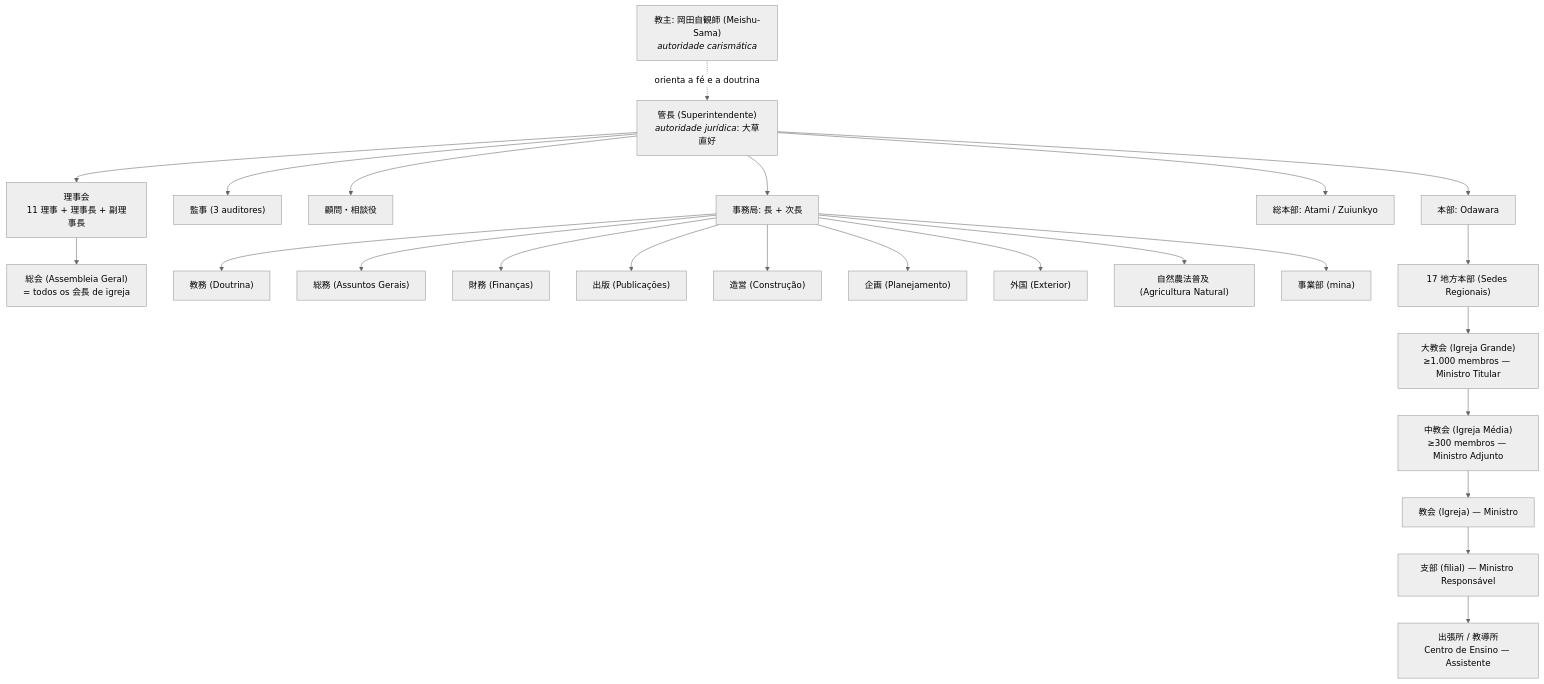
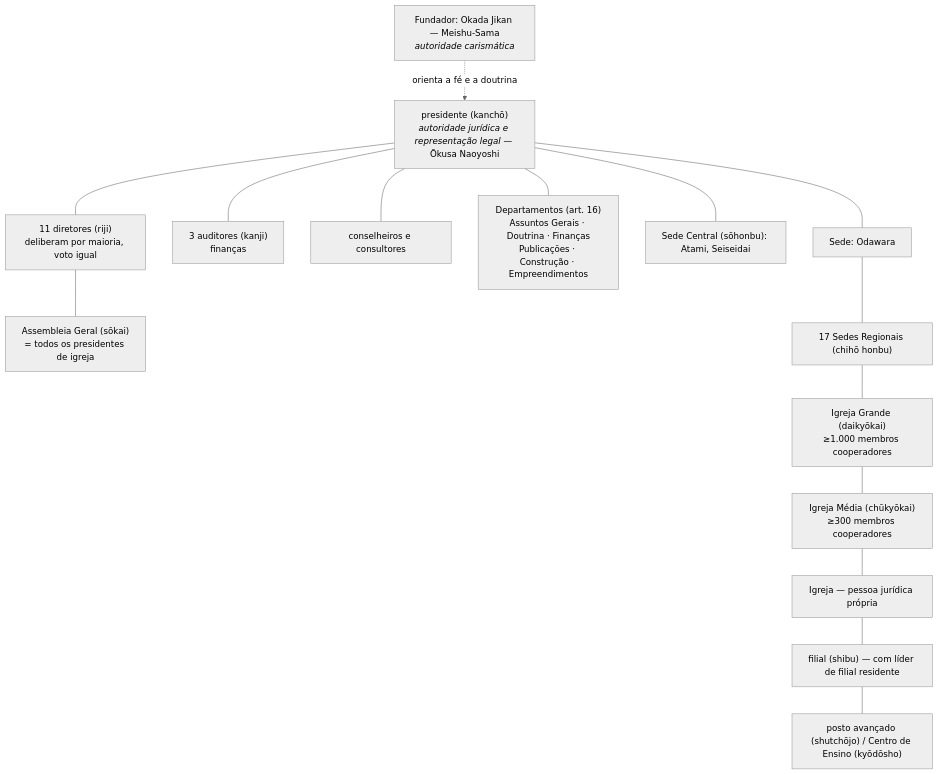
The diagram in docs/LEVANTAMENTO_DIFUSAO_PARTE_I_PROSA_20261002.md (conversecommeishusama/assistente-meishu-sama), drawn with Mermaid (neutral theme) before and after one commit. The commit also changed other lines of this file and 32 other files, not shown here.

````diff
--- a/docs/LEVANTAMENTO_DIFUSAO_PARTE_I_PROSA_20261002.md
+++ b/docs/LEVANTAMENTO_DIFUSAO_PARTE_I_PROSA_20261002.md
@@ -1255,27 +1383,19 @@
 ```mermaid
-%% caption: Organograma reconstruído — 1951–1955
+%% caption: Organograma reconstruído — 1951–1955 (arts. 5.º a 28.º do Regulamento)
 graph TD
-    A["教主: 岡田自観師 (Meishu-Sama)<br/><i>autoridade carismática</i>"] -.->|orienta a fé e a doutrina| B
-    B["管長 (Superintendente)<br/><i>autoridade jurídica</i>: 大草直好"] --> C["理事会<br/>11 理事 + 理事長 + 副理事長"]
-    B --> D["監事 (3 auditores)"]
-    B --> E["顧問・相談役"]
-    C --> F["総会 (Assembleia Geral)<br/>= todos os 会長 de igreja"]
-    B --> G["事務局: 長 + 次長"]
-    G --> H["教務 (Doutrina)"]
-    G --> I["総務 (Assuntos Gerais)"]
-    G --> J["財務 (Finanças)"]
-    G --> K["出版 (Publicações)"]
-    G --> L["造営 (Construção)"]
-    G --> M["企画 (Planejamento)"]
-    G --> N["外国 (Exterior)"]
-    G --> O["自然農法普及 (Agricultura Natural)"]
-    G --> P["事業部 (mina)"]
-    B --> Q["総本部: Atami / Zuiunkyo"]
-    B --> R["本部: Odawara"]
-    R --> S["17 地方本部 (Sedes Regionais)"]
-    S --> T["大教会 (Igreja Grande)<br/>≥1.000 membros — Ministro Titular"]
-    T --> U["中教会 (Igreja Média)<br/>≥300 membros — Ministro Adjunto"]
-    U --> V["教会 (Igreja) — Ministro"]
-    V --> W["支部 (filial) — Ministro Responsável"]
-    W --> X["出張所 / 教導所<br/>Centro de Ensino — Assistente"]
+ A["Fundador: Okada Jikan — Meishu-Sama<br/><i>autoridade carismática</i>"] -.->|orienta a fé e a doutrina| B
+ B["presidente (kanchō)<br/><i>autoridade jurídica e representação legal</i> — Ōkusa Naoyoshi"]
+ B --- C["11 diretores (riji)<br/>deliberam por maioria, voto igual"]
+ B --- D["3 auditores (kanji)<br/>finanças"]
+ B --- E["conselheiros e consultores "]
+ C --- F["Assembleia Geral (sōkai)<br/>= todos os presidentes de igreja"]
+ B --- G["Departamentos (art. 16)<br/>Assuntos Gerais · Doutrina · Finanças<br/>Publicações · Construção · Empreendimentos"]
+ B --- Q["Sede Central (sōhonbu): Atami, Seiseidai"]
+ B --- R["Sede: Odawara"]
+ R --- S["17 Sedes Regionais (chihō honbu)"]
+ S --- T["Igreja Grande (daikyōkai)<br/>≥1.000 membros cooperadores"]
+ T --- U["Igreja Média (chūkyōkai)<br/>≥300 membros cooperadores"]
+ U --- V["Igreja — pessoa jurídica própria"]
+ V --- W["filial (shibu) — com líder de filial residente"]
+ W --- X["posto avançado (shutchōjo) / Centro de Ensino (kyōdōsho)"]
 ```
````
